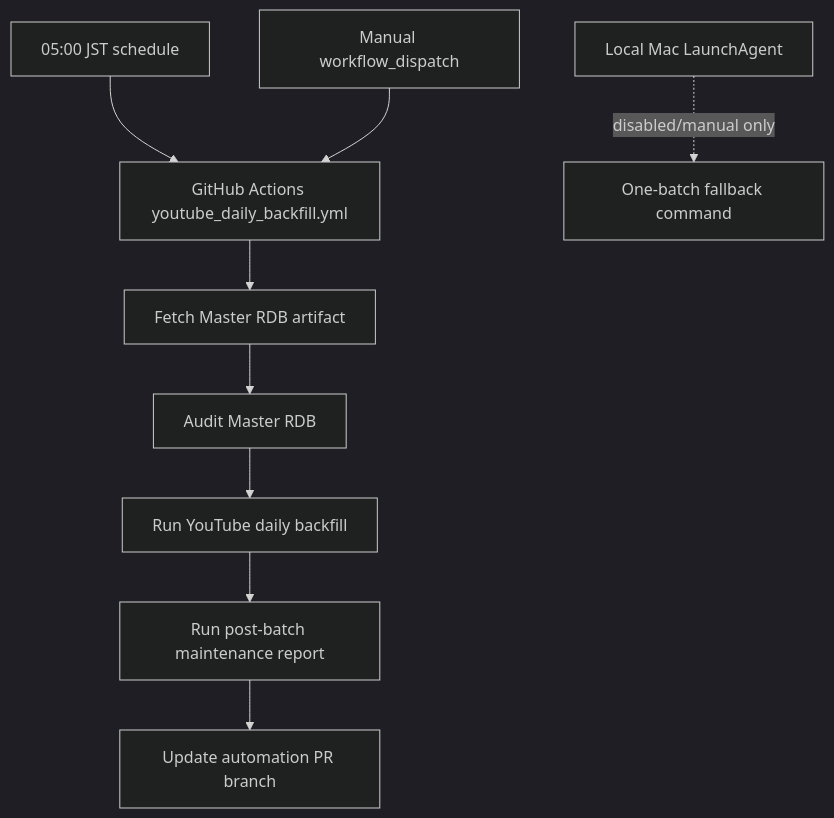
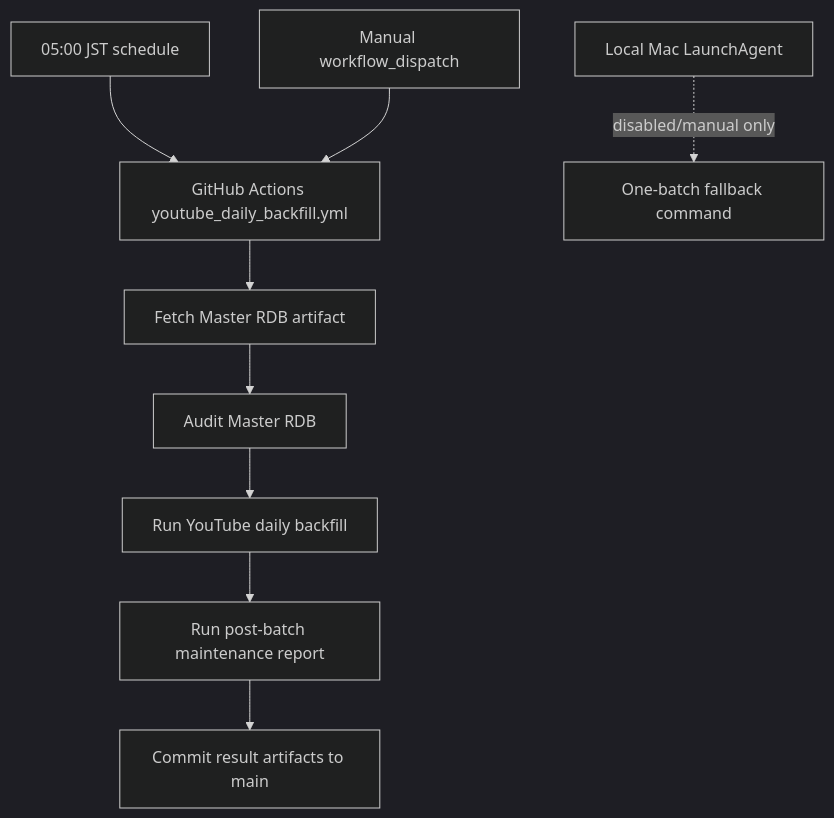
One commit to uryoutamomo/bon-odori-collector changed the diagram in docs/youtube-daily-operations.md. Above: the diagram before and after it, drawn with Mermaid (dark theme). The commit also changed other lines of this file and 4 other files, not shown here.

````diff
--- a/docs/youtube-daily-operations.md
+++ b/docs/youtube-daily-operations.md
@@ -23,12 +23,12 @@
 ```mermaid
 flowchart TD
   schedule[05:00 JST schedule] --> actions[GitHub Actions youtube_daily_backfill.yml]
   manual[Manual workflow_dispatch] --> actions
   actions --> fetch[Fetch Master RDB artifact]
   fetch --> audit[Audit Master RDB]
   audit --> youtube[Run YouTube daily backfill]
   youtube --> maintenance[Run post-batch maintenance report]
-  maintenance --> pr[Update automation PR branch]
+  maintenance --> commit[Commit result artifacts to main]
 
   local[Local Mac LaunchAgent] -. disabled/manual only .-> fallback[One-batch fallback command]
 ```
````
